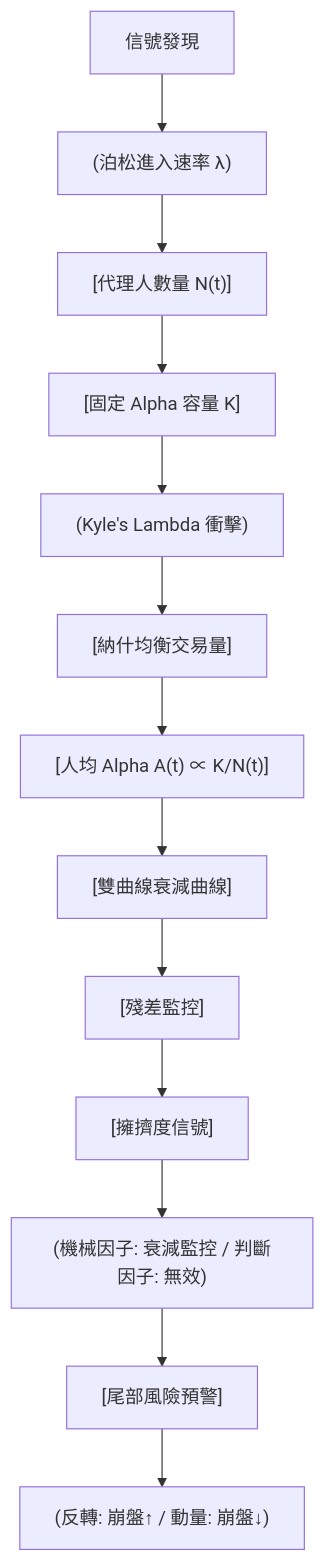
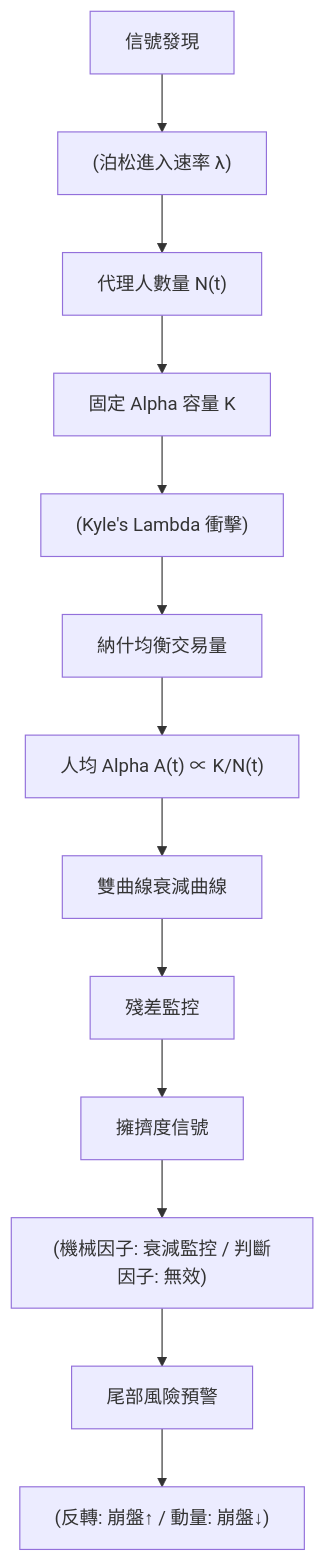
Before and after one commit to sou350121/Trading-Handbook: the diagram in foundations/factor-mining/art-344.md, drawn with Mermaid. The commit also changed 191 other files, not shown here.

First line of the commit message:
render: fix math + mermaid for GitHub across the corpus (188 pages)

````diff
--- a/foundations/factor-mining/art-344.md
+++ b/foundations/factor-mining/art-344.md
@@ -32,15 +32,15 @@
 ```mermaid
 flowchart TD
     A["信號發現"] --> B["(泊松進入速率 λ)"]
-    B["(泊松進入速率 λ)"] --> C["[代理人數量 N(t)]"]
-    C["[代理人數量 N(t)]"] --> D["[固定 Alpha 容量 K]"]
-    D["[固定 Alpha 容量 K]"] --> E["(Kyle's Lambda 衝擊)"]
-    E["(Kyle's Lambda 衝擊)"] --> F["[納什均衡交易量]"]
-    F["[納什均衡交易量]"] --> G["[人均 Alpha A(t) ∝ K/N(t)]"]
-    G["[人均 Alpha A(t) ∝ K/N(t)]"] --> H["[雙曲線衰減曲線]"]
-    H["[雙曲線衰減曲線]"] --> I["[殘差監控]"]
-    I["[殘差監控]"] --> J["[擁擠度信號]"]
-    J["[擁擠度信號]"] --> K["(機械因子: 衰減監控 / 判斷因子: 無效)"]
-    K["(機械因子: 衰減監控 / 判斷因子: 無效)"] --> L["[尾部風險預警]"]
-    L["[尾部風險預警]"] --> M["(反轉: 崩盤↑ / 動量: 崩盤↓)"]
+    B["(泊松進入速率 λ)"] --> C["代理人數量 N(t)"]
+    C["代理人數量 N(t)"] --> D["固定 Alpha 容量 K"]
+    D["固定 Alpha 容量 K"] --> E["(Kyle's Lambda 衝擊)"]
+    E["(Kyle's Lambda 衝擊)"] --> F["納什均衡交易量"]
+    F["納什均衡交易量"] --> G["人均 Alpha A(t) ∝ K/N(t)"]
+    G["人均 Alpha A(t) ∝ K/N(t)"] --> H["雙曲線衰減曲線"]
+    H["雙曲線衰減曲線"] --> I["殘差監控"]
+    I["殘差監控"] --> J["擁擠度信號"]
+    J["擁擠度信號"] --> K["(機械因子: 衰減監控 / 判斷因子: 無效)"]
+    K["(機械因子: 衰減監控 / 判斷因子: 無效)"] --> L["尾部風險預警"]
+    L["尾部風險預警"] --> M["(反轉: 崩盤↑ / 動量: 崩盤↓)"]
 ```
````
